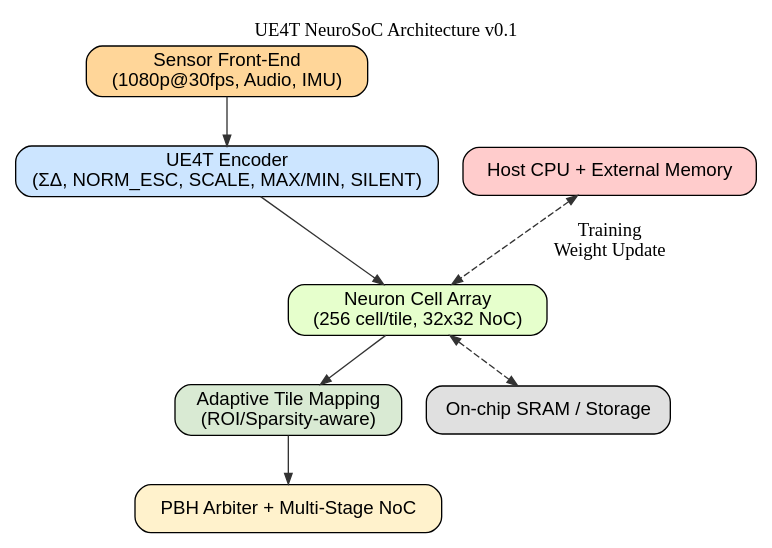
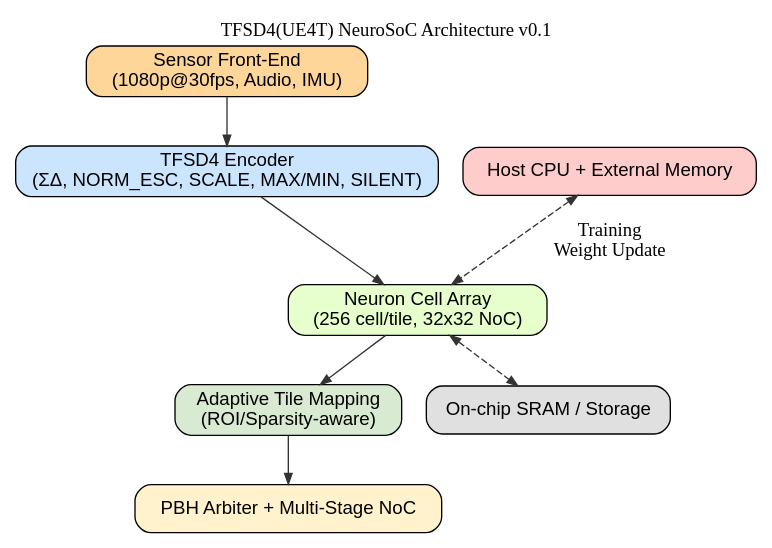
Before and after one commit to trustfarm/TFSDxr-Neuron-Quantization: the diagram in docs/ue4t_nmc/diagrams/nmc_architecture.dot, drawn with Graphviz. The commit also changed 24 other files, not shown here.

Commit message:
Updates TFSD4 NeuroMorphic Architecture coding documents.

```diff
--- a/docs/ue4t_nmc/diagrams/nmc_architecture.dot
+++ b/docs/ue4t_nmc/diagrams/nmc_architecture.dot
@@ -1,20 +1,20 @@
 digraph NMC_ARCH {
-  label = "UE4T NeuroSoC Architecture v0.1";
+  label = "TFSD4(UE4T) NeuroSoC Architecture v0.1";
   labelloc = "t";
 
   rankdir=TB;
   node [shape=box, style="rounded,filled", fillcolor="#EAF3FF", fontname="Helvetica"];
   edge [color="#333333", arrowsize=0.8];
 
   sensor [label="Sensor Front-End\n(1080p@30fps, Audio, IMU)", fillcolor="#FFD699"];
-  enc [label="UE4T Encoder\n(ΣΔ, NORM_ESC, SCALE, MAX/MIN, SILENT)", fillcolor="#CCE5FF"];
+  enc [label="TFSD4 Encoder\n(ΣΔ, NORM_ESC, SCALE, MAX/MIN, SILENT)", fillcolor="#CCE5FF"];
   array [label="Neuron Cell Array\n(256 cell/tile, 32x32 NoC)", fillcolor="#E6FFCC"];
   adapt [label="Adaptive Tile Mapping\n(ROI/Sparsity-aware)", fillcolor="#D9EAD3"];
   arb [label="PBH Arbiter + Multi-Stage NoC", fillcolor="#FFF2CC"];
   host [label="Host CPU + External Memory", fillcolor="#FFCCCC"];
   sram [label="On-chip SRAM / Storage", fillcolor="#E0E0E0"];
 
   sensor -> enc -> array -> adapt -> arb;
   host -> array [dir=both, style=dashed, label="Training\nWeight Update"];
   array -> sram [dir=both, style=dashed];
 }
```
